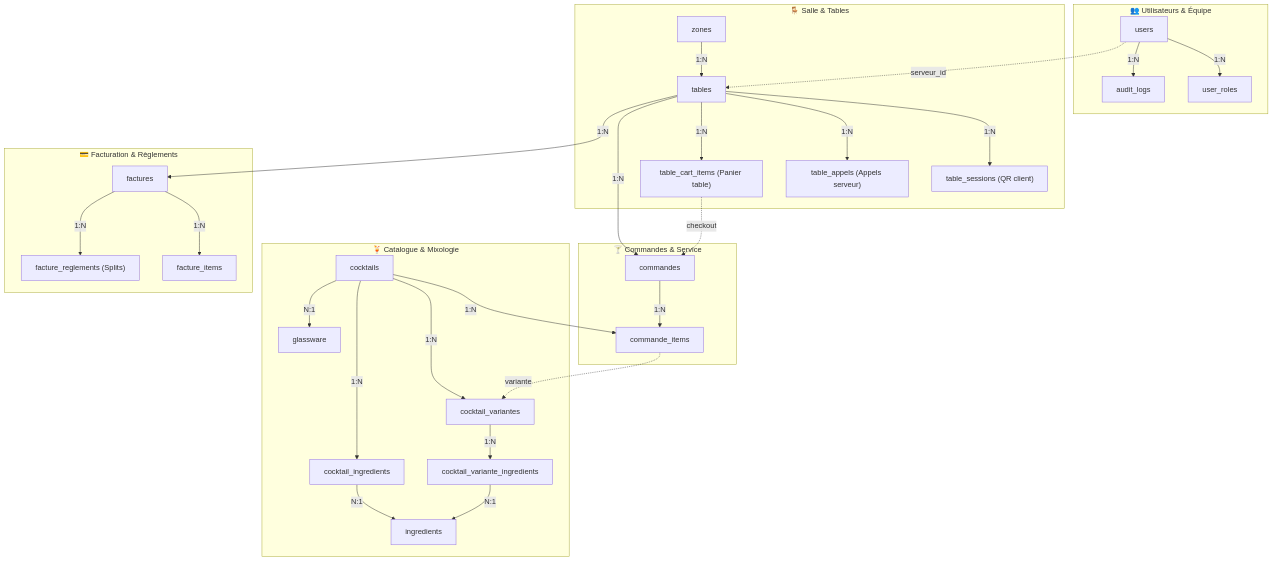
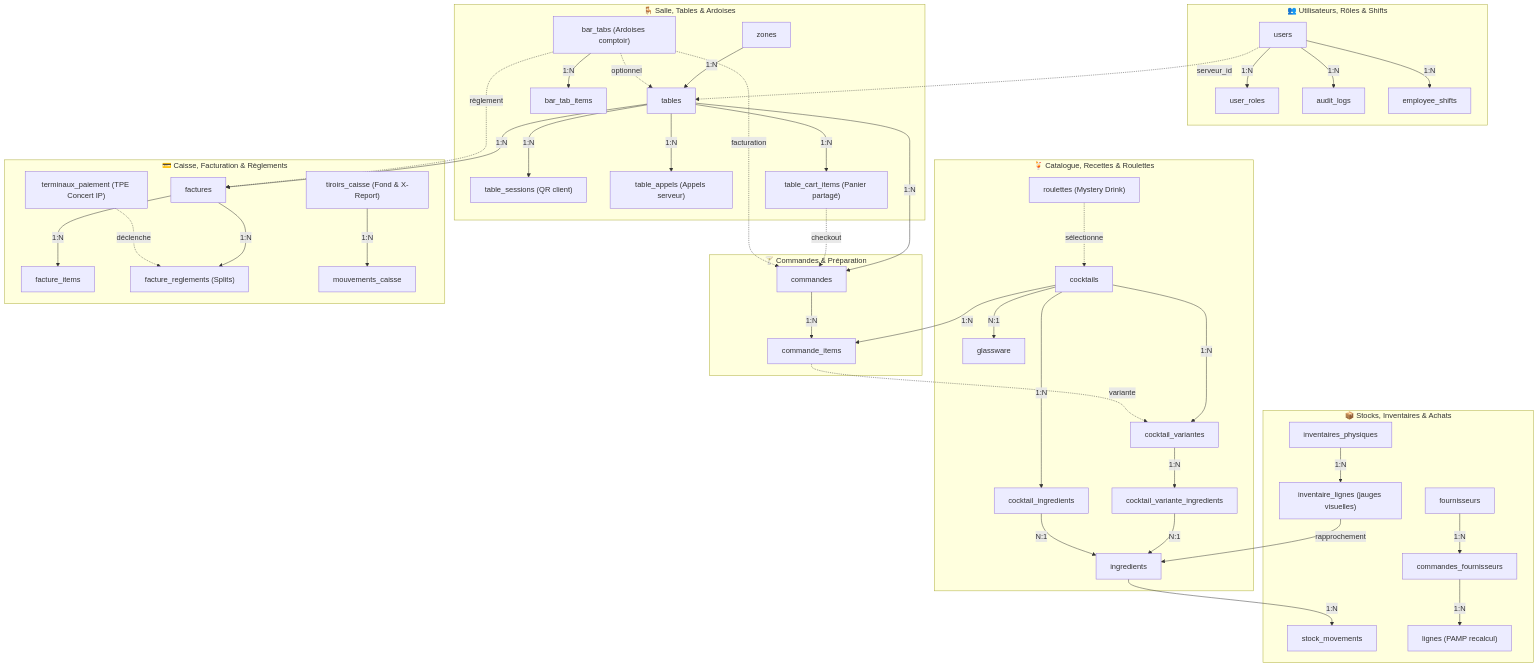
The second of 3 diagrams in CLAUDE.md (FunWarry/Open-Bar), drawn with Mermaid before and after one commit. The commit also changed other lines of this file and 8 other files, not shown here.

````diff
--- a/CLAUDE.md
+++ b/CLAUDE.md
@@ -140,39 +157,55 @@
 ```mermaid
 flowchart TD
-    subgraph UsersDomain ["👥 Utilisateurs & Équipe"]
+    subgraph UsersDomain ["👥 Utilisateurs, Rôles & Shifts"]
         USERS["users"] -->|"1:N"| USER_ROLES["user_roles"]
         USERS -->|"1:N"| AUDIT_LOGS["audit_logs"]
+        USERS -->|"1:N"| EMPLOYEE_SHIFTS["employee_shifts"]
     end
 
-    subgraph SalleDomain ["🪑 Salle & Tables"]
+    subgraph SalleDomain ["🪑 Salle, Tables & Ardoises"]
         ZONES["zones"] -->|"1:N"| TABLES["tables"]
         USERS -.->|"serveur_id"| TABLES
         TABLES -->|"1:N"| TABLE_SESSIONS["table_sessions (QR client)"]
         TABLES -->|"1:N"| TABLE_APPELS["table_appels (Appels serveur)"]
-        TABLES -->|"1:N"| TABLE_CART_ITEMS["table_cart_items (Panier table)"]
+        TABLES -->|"1:N"| TABLE_CART_ITEMS["table_cart_items (Panier partagé)"]
+        BAR_TABS["bar_tabs (Ardoises comptoir)"] -->|"1:N"| BAR_TAB_ITEMS["bar_tab_items"]
+        BAR_TABS -.->|"optionnel"| TABLES
     end
 
-    subgraph CommandesDomain ["🍸 Commandes & Service"]
+    subgraph CommandesDomain ["🍸 Commandes & Préparation"]
         TABLES -->|"1:N"| COMMANDES["commandes"]
         COMMANDES -->|"1:N"| COMMANDE_ITEMS["commande_items"]
         TABLE_CART_ITEMS -.->|"checkout"| COMMANDES
+        BAR_TABS -.->|"facturation"| COMMANDES
     end
 
-    subgraph MixologieDomain ["🍹 Catalogue & Mixologie"]
+    subgraph MixologieDomain ["🍹 Catalogue, Recettes & Roulettes"]
         COCKTAILS["cocktails"] -->|"1:N"| COMMANDE_ITEMS
         COCKTAILS -->|"1:N"| COCKTAIL_VARIANTES["cocktail_variantes"]
         COCKTAILS -->|"1:N"| COCKTAIL_INGREDIENTS["cocktail_ingredients"]
         COCKTAILS -->|"N:1"| GLASSWARE["glassware"]
         
         COCKTAIL_VARIANTES -->|"1:N"| COCKTAIL_VARIANTE_INGREDIENTS["cocktail_variante_ingredients"]
         COCKTAIL_VARIANTE_INGREDIENTS -->|"N:1"| INGREDIENTS["ingredients"]
         COCKTAIL_INGREDIENTS -->|"N:1"| INGREDIENTS
         COMMANDE_ITEMS -.->|"variante"| COCKTAIL_VARIANTES
+        ROULETTE["roulettes (Mystery Drink)"] -.->|"sélectionne"| COCKTAILS
     end
 
-    subgraph FacturationDomain ["💳 Facturation & Règlements"]
+    subgraph StocksDomain ["📦 Stocks, Inventaires & Achats"]
+        INGREDIENTS -->|"1:N"| STOCK_MOVEMENTS["stock_movements"]
+        FOURNISSEURS["fournisseurs"] -->|"1:N"| COMMANDES_FOURNISSEURS["commandes_fournisseurs"]
+        COMMANDES_FOURNISSEURS -->|"1:N"| COMMANDE_FOURNISSEUR_LIGNES["lignes (PAMP recalcul)"]
+        INVENTAIRES_PHYSIQUES["inventaires_physiques"] -->|"1:N"| INVENTAIRE_LIGNES["inventaire_lignes (jauges visuelles)"]
+        INVENTAIRE_LIGNES -->|"rapprochement"| INGREDIENTS
+    end
+
+    subgraph FacturationDomain ["💳 Caisse, Facturation & Règlements"]
         TABLES -->|"1:N"| FACTURES["factures"]
+        BAR_TABS -.->|"règlement"| FACTURES
         FACTURES -->|"1:N"| FACTURE_ITEMS["facture_items"]
         FACTURES -->|"1:N"| FACTURE_REGLEMENTS["facture_reglements (Splits)"]
+        TIROIR_CAISSE["tiroirs_caisse (Fond & X-Report)"] -->|"1:N"| MOUVEMENTS_CAISSE["mouvements_caisse"]
+        TERMINAUX_PAIEMENT["terminaux_paiement (TPE Concert IP)"] -.->|"déclenche"| FACTURE_REGLEMENTS
     end
 ```
````
